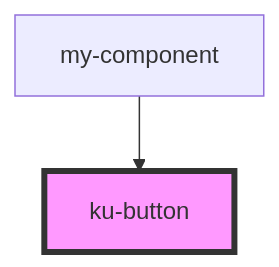
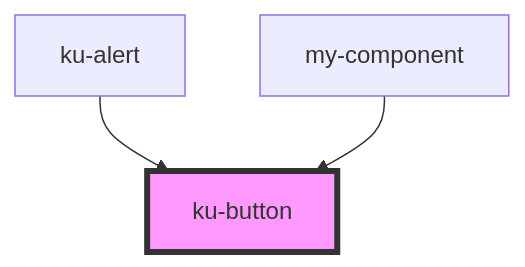
One commit to theAV/kuku-ui changed the diagram in src/components/ku-button/readme.md. Above: the diagram before and after it, drawn with Mermaid. The commit also changed other lines of this file and 1356 other files, not shown here.

````diff
--- a/src/components/ku-button/readme.md
+++ b/src/components/ku-button/readme.md
@@ -28,5 +30,6 @@
 ```mermaid
 graph TD;
+  ku-alert --> ku-button
   my-component --> ku-button
   style ku-button fill:#f9f,stroke:#333,stroke-width:4px
 ```
````
